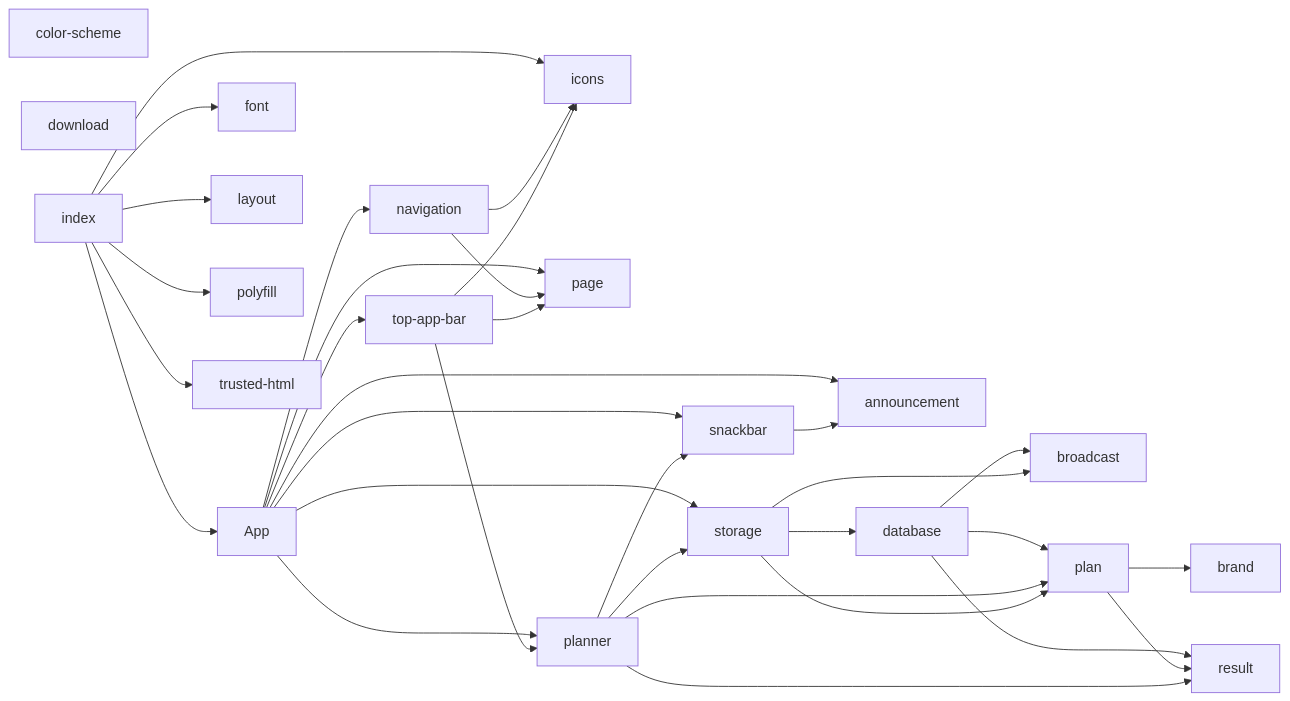
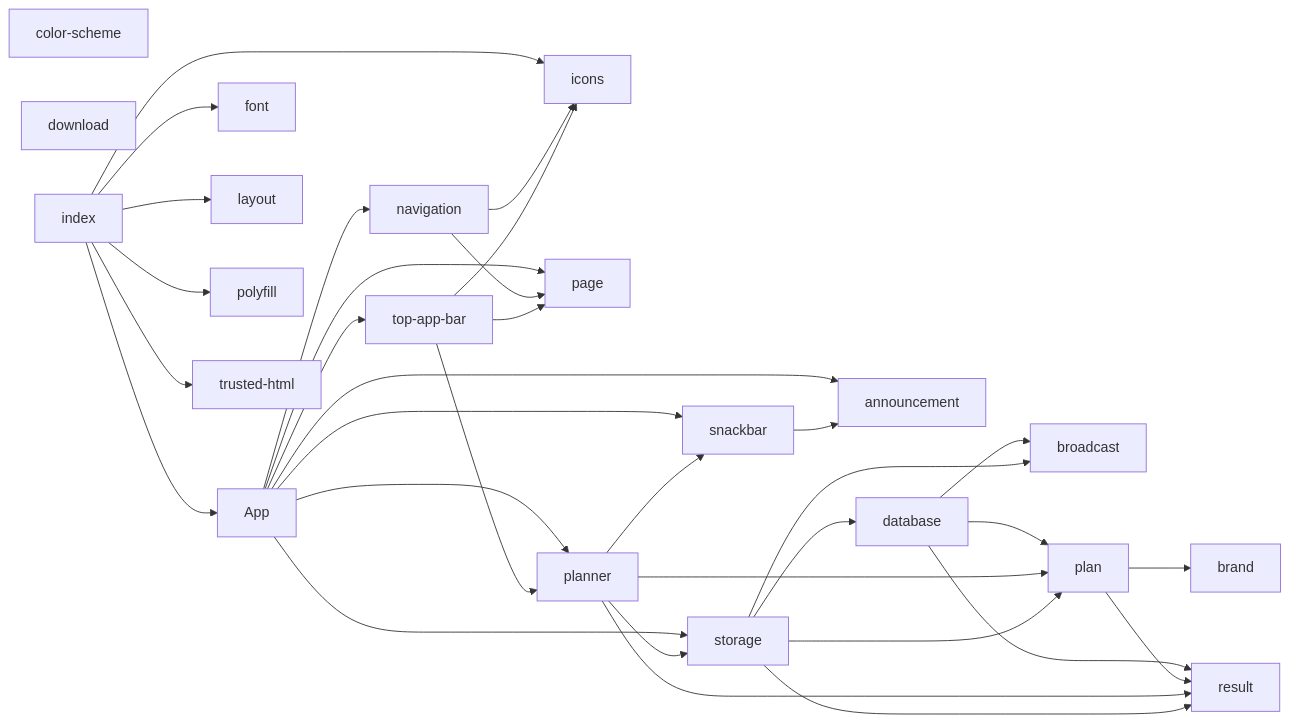
The diagram in docs/MODULES.md (SantaClaas/week-budget-planner), drawn with Mermaid before and after one commit. The commit also changed 21 other files, not shown here.

````diff
--- a/docs/MODULES.md
+++ b/docs/MODULES.md
@@ -9,55 +9,56 @@
 ```mermaid
 flowchart LR
   module_App["App"]
   module_announcement["announcement"]
   module_brand["brand"]
   module_broadcast["broadcast"]
   module_color_scheme["color-scheme"]
   module_database["database"]
   module_download["download"]
   module_font["font"]
   module_icons["icons"]
   module_index["index"]
   module_layout["layout"]
   module_navigation["navigation"]
   module_page["page"]
   module_plan["plan"]
   module_planner["planner"]
   module_polyfill["polyfill"]
   module_result["result"]
   module_snackbar["snackbar"]
   module_storage["storage"]
   module_top_app_bar["top-app-bar"]
   module_trusted_html["trusted-html"]
   module_App --> module_announcement
   module_App --> module_navigation
   module_App --> module_page
   module_App --> module_planner
   module_App --> module_snackbar
   module_App --> module_storage
   module_App --> module_top_app_bar
   module_database --> module_broadcast
   module_database --> module_plan
   module_database --> module_result
   module_index --> module_App
   module_index --> module_font
   module_index --> module_icons
   module_index --> module_layout
   module_index --> module_polyfill
   module_index --> module_trusted_html
   module_navigation --> module_icons
   module_navigation --> module_page
   module_plan --> module_brand
   module_plan --> module_result
   module_planner --> module_plan
   module_planner --> module_result
   module_planner --> module_snackbar
   module_planner --> module_storage
   module_snackbar --> module_announcement
   module_storage --> module_broadcast
   module_storage --> module_database
   module_storage --> module_plan
+  module_storage --> module_result
   module_top_app_bar --> module_icons
   module_top_app_bar --> module_page
   module_top_app_bar --> module_planner
 ```
````
